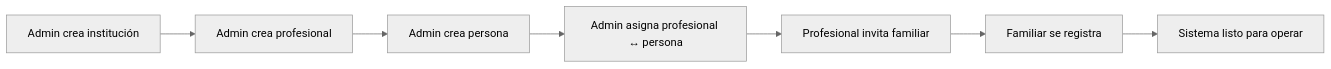
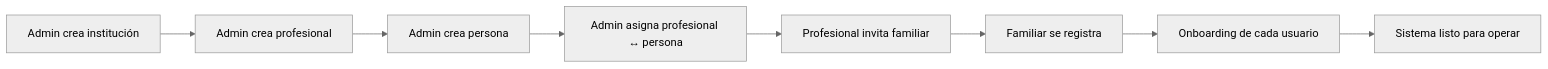
One commit to Sacha-html/InclusiON changed the third of 6 diagrams in Process/00-mapa-global-procesos.md. Above: the diagram before and after it, drawn with Mermaid (neutral theme). The commit also changed other lines of this file and 11 other files, not shown here.

````diff
--- a/Process/00-mapa-global-procesos.md
+++ b/Process/00-mapa-global-procesos.md
@@ -106,9 +123,10 @@
 ```mermaid
 flowchart LR
     F1A[Admin crea institución] --> F1B[Admin crea profesional]
     F1B --> F1C[Admin crea persona]
     F1C --> F1D[Admin asigna profesional ↔ persona]
     F1D --> F1E[Profesional invita familiar]
     F1E --> F1F[Familiar se registra]
-    F1F --> LISTO[Sistema listo para operar]
+    F1F --> F1G[Onboarding de cada usuario]
+    F1G --> LISTO[Sistema listo para operar]
 ```
````
